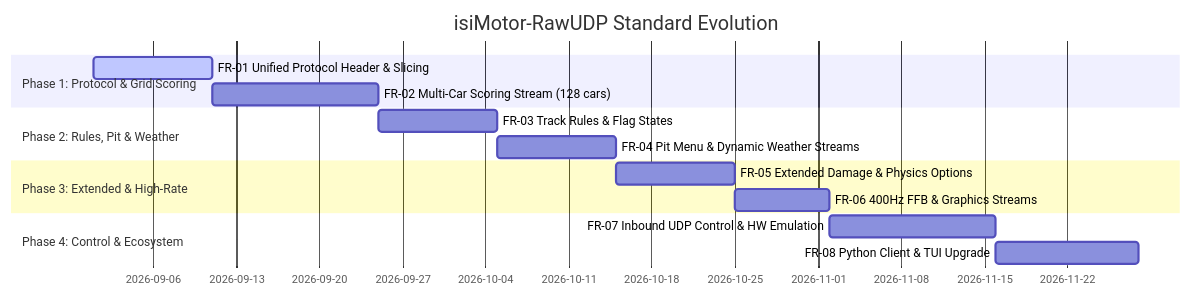
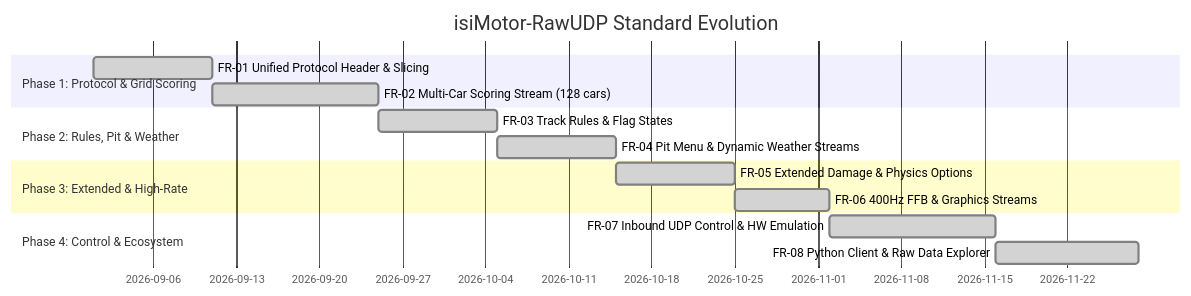
One commit to marcgardent/isiMotor-Pulse-Plugin changed the second of 2 diagrams in docs/ROADMAP.md. Above: the diagram before and after it, drawn with Mermaid. The commit also changed other lines of this file and 32 other files, not shown here.

````diff
--- a/docs/ROADMAP.md
+++ b/docs/ROADMAP.md
@@ -70,17 +70,17 @@
 ```mermaid
 gantt
     title isiMotor-RawUDP Standard Evolution
     dateFormat  YYYY-MM-DD
     section Phase 1: Protocol & Grid Scoring
-    FR-01 Unified Protocol Header & Slicing   :active, p1_1, 2026-09-01, 10d
-    FR-02 Multi-Car Scoring Stream (128 cars) :p1_2, after p1_1, 14d
+    FR-01 Unified Protocol Header & Slicing   :done, p1_1, 2026-09-01, 10d
+    FR-02 Multi-Car Scoring Stream (128 cars) :done, p1_2, after p1_1, 14d
     section Phase 2: Rules, Pit & Weather
-    FR-03 Track Rules & Flag States           :p2_1, after p1_2, 10d
-    FR-04 Pit Menu & Dynamic Weather Streams  :p2_2, after p2_1, 10d
+    FR-03 Track Rules & Flag States           :done, p2_1, after p1_2, 10d
+    FR-04 Pit Menu & Dynamic Weather Streams  :done, p2_2, after p2_1, 10d
     section Phase 3: Extended & High-Rate
-    FR-05 Extended Damage & Physics Options   :p3_1, after p2_2, 10d
-    FR-06 400Hz FFB & Graphics Streams        :p3_2, after p3_1, 8d
+    FR-05 Extended Damage & Physics Options   :done, p3_1, after p2_2, 10d
+    FR-06 400Hz FFB & Graphics Streams        :done, p3_2, after p3_1, 8d
     section Phase 4: Control & Ecosystem
-    FR-07 Inbound UDP Control & HW Emulation  :p4_1, after p3_2, 14d
-    FR-08 Python Client & TUI Upgrade         :p4_2, after p4_1, 12d
+    FR-07 Inbound UDP Control & HW Emulation  :done, p4_1, after p3_2, 14d
+    FR-08 Python Client & Raw Data Explorer   :done, p4_2, after p4_1, 12d
 ```
````
